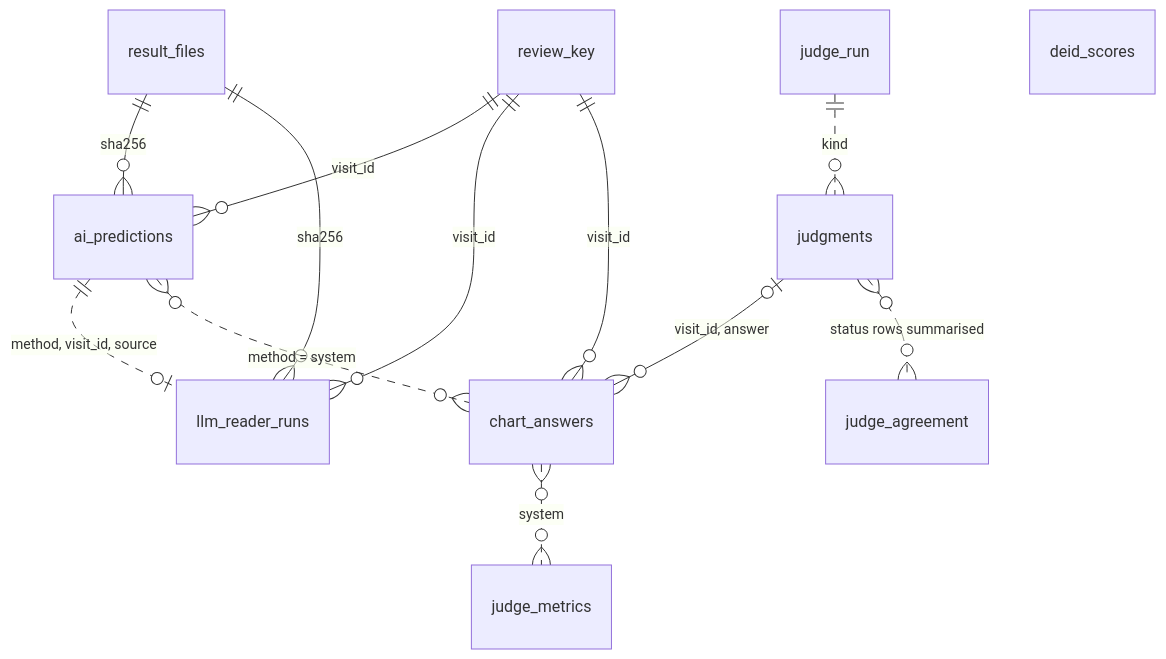
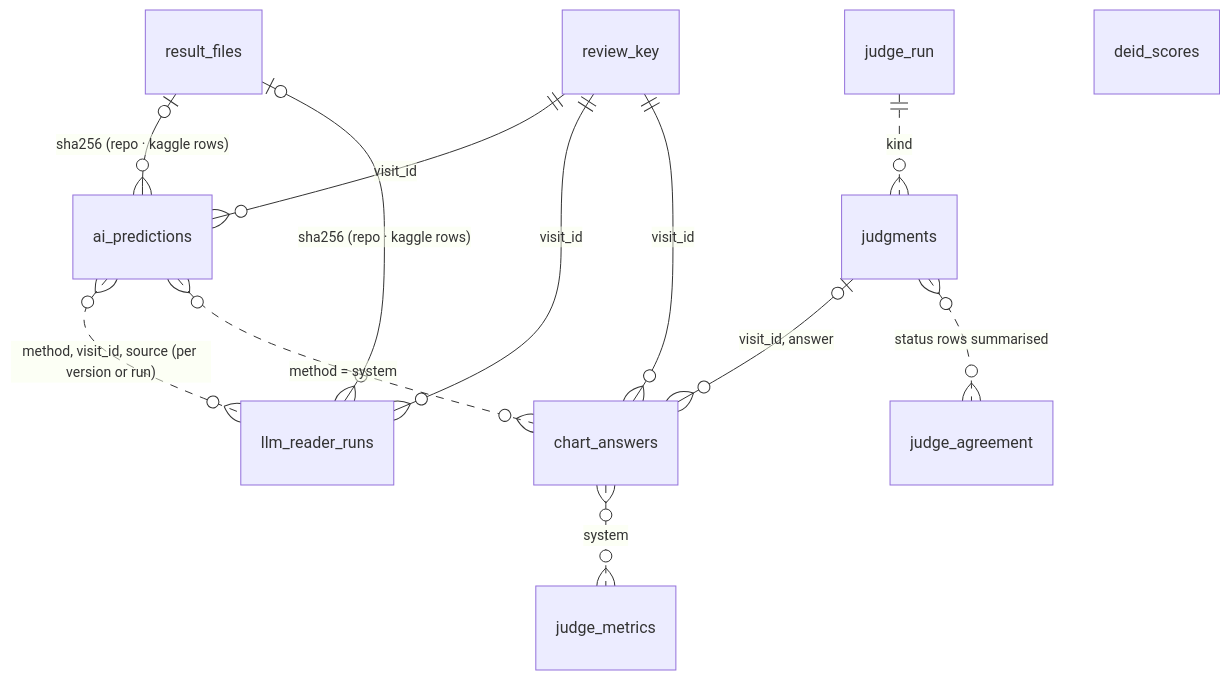
One commit to Health-Transformation-Lab/health-transformation-lab-nlp changed the diagram in diagrams/gold/source/gold_data_model_entity.mmd. Above: the diagram before and after it, drawn with Mermaid. The commit also changed 15 other files, not shown here.

First line of the commit message:
Fix what the gold ERD claims about reader rows; record the PR 124 review

```diff
--- a/diagrams/gold/source/gold_data_model_entity.mmd
+++ b/diagrams/gold/source/gold_data_model_entity.mmd
@@ -1,22 +1,22 @@
 erDiagram
-    result_files ||--o{ ai_predictions : "sha256"
-    result_files ||--o{ llm_reader_runs : "sha256"
-    ai_predictions ||..o| llm_reader_runs : "method, visit_id, source"
+    result_files |o--o{ ai_predictions : "sha256 (repo · kaggle rows)"
+    result_files |o--o{ llm_reader_runs : "sha256 (repo · kaggle rows)"
+    ai_predictions }o..o{ llm_reader_runs : "method, visit_id, source (per version or run)"
     review_key ||--o{ ai_predictions : "visit_id"
     review_key ||--o{ llm_reader_runs : "visit_id"
     review_key ||--o{ chart_answers : "visit_id"
     judgments |o--o{ chart_answers : "visit_id, answer"
     judge_run ||..o{ judgments : "kind"
     judgments }o..o{ judge_agreement : "status rows summarised"
     chart_answers }o..o{ judge_metrics : "system"
     ai_predictions }o..o{ chart_answers : "method = system"
     review_key
     result_files
     ai_predictions
     llm_reader_runs
     chart_answers
     judgments
     judge_metrics
     judge_agreement
     judge_run
     deid_scores
```
